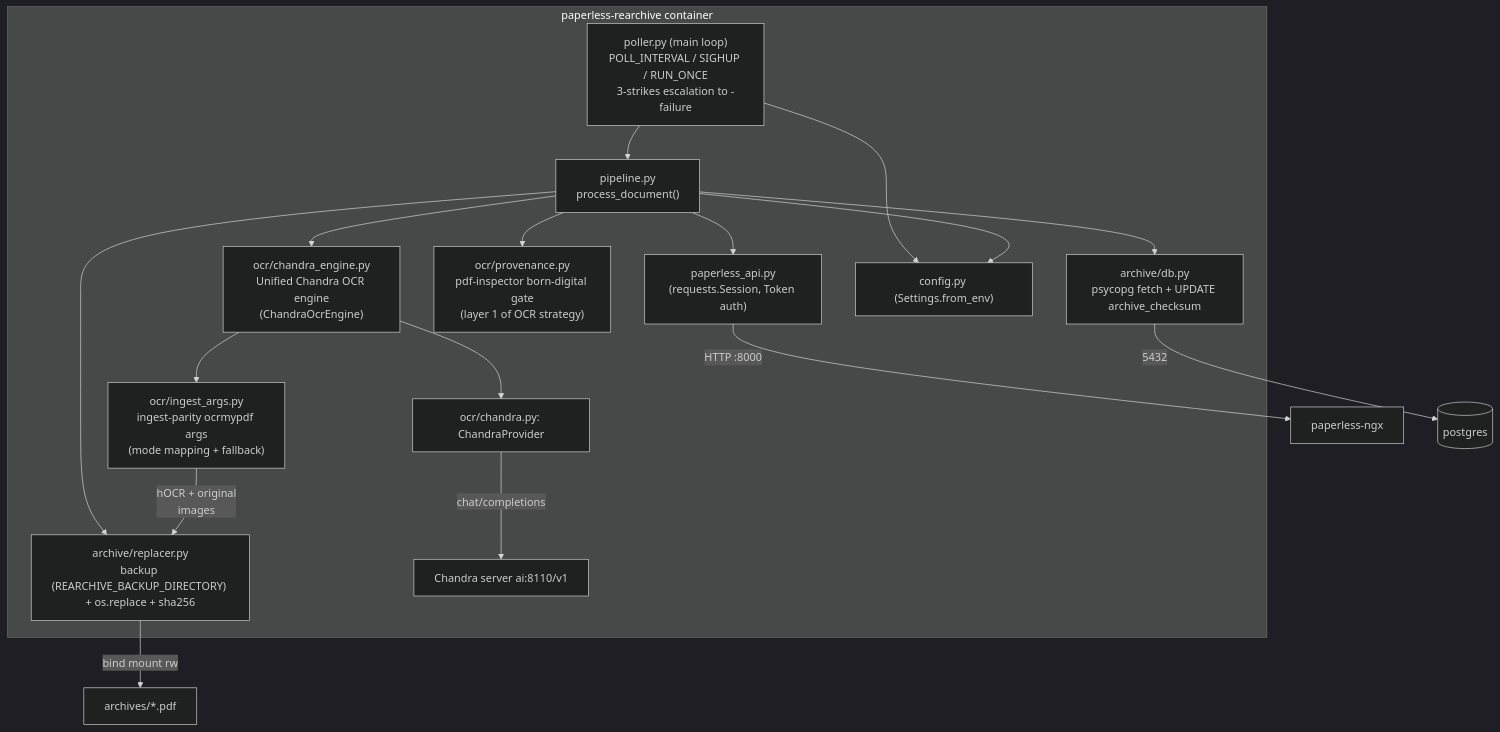
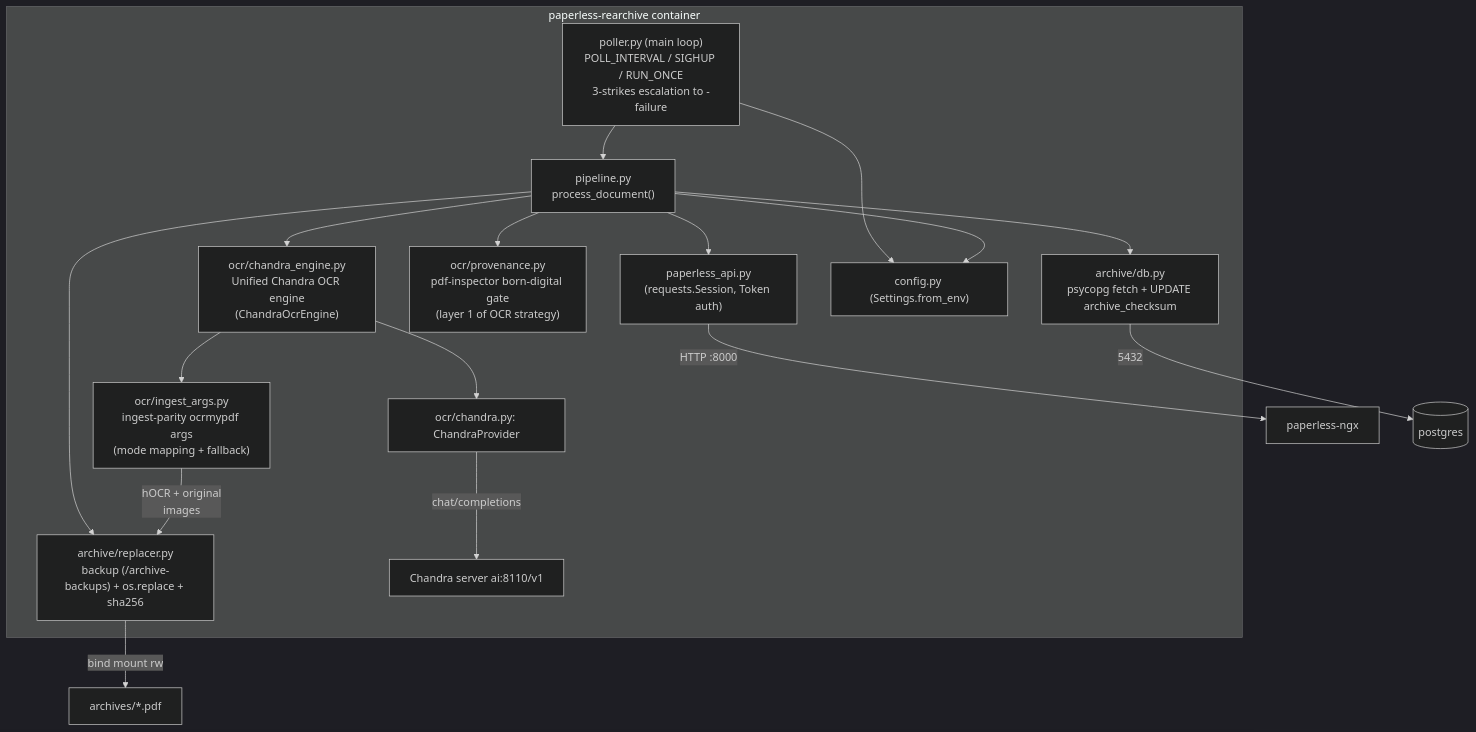
Before and after one commit to strichte/paperless-rearchive: the first of 2 diagrams in doc/PLANNING.md, drawn with Mermaid (dark theme). The commit also changed other lines of this file and 15 other files, not shown here.

First line of the commit message:
Refactor backup directory handling and update documentation

````diff
--- a/doc/PLANNING.md
+++ b/doc/PLANNING.md
@@ -123,30 +123,30 @@
 ```mermaid
 flowchart TB
     subgraph container["paperless-rearchive container"]
         MAIN["poller.py (main loop)<br/>POLL_INTERVAL / SIGHUP / RUN_ONCE<br/>3-strikes escalation to -failure"]
         PIPE["pipeline.py<br/>process_document()"]
         API["paperless_api.py<br/>(requests.Session, Token auth)"]
         ENGINE["ocr/chandra_engine.py<br/>Unified Chandra OCR engine<br/>(ChandraOcrEngine)"]
         INGEST["ocr/ingest_args.py<br/>ingest-parity ocrmypdf args<br/>(mode mapping + fallback)"]
         PROV["ocr/provenance.py<br/>pdf-inspector born-digital gate<br/>(layer 1 of OCR strategy)"]
         CHAN["ocr/chandra.py: ChandraProvider"]
-        REP["archive/replacer.py<br/>backup (REARCHIVE_BACKUP_DIRECTORY) + os.replace + sha256"]
+        REP["archive/replacer.py<br/>backup (/archive-backups) + os.replace + sha256"]
         DBM["archive/db.py<br/>psycopg fetch + UPDATE archive_checksum"]
         CFG["config.py (Settings.from_env)"]
         MAIN --> CFG
         MAIN --> PIPE
         PIPE --> API
         PIPE --> ENGINE
         PIPE --> PROV
         ENGINE --> INGEST
         ENGINE --> CHAN
         CHAN -- "chat/completions" --> LLM["Chandra server ai:8110/v1"]
         PIPE --> REP
         PIPE --> DBM
         PIPE --> CFG
         INGEST -- "hOCR + original<br/>images" --> REP
     end
     API -- "HTTP :8000" --> PLX["paperless-ngx"]
     REP -- "bind mount rw" --> ARC["archives/*.pdf"]
     DBM -- "5432" --> PG[("postgres")]
 ```
````
